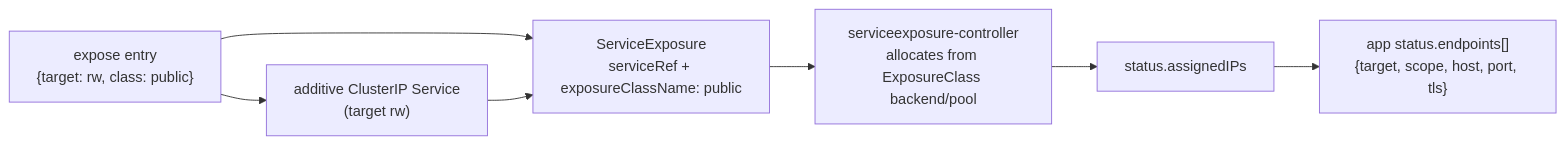
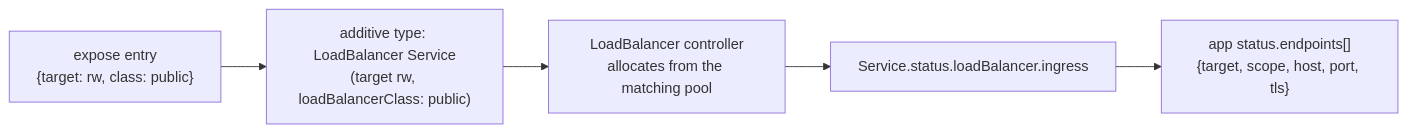
Before and after one commit to cozystack/community: the diagram in design-proposals/structured-external-exposure/README.md, drawn with Mermaid. The commit also changed other lines of this file, not shown here.

First line of the commit message:
design-proposal: use native loadBalancerClass instead of ExposureClass/ServiceExposure

````diff
--- a/design-proposals/structured-external-exposure/README.md
+++ b/design-proposals/structured-external-exposure/README.md
@@ -96,9 +93,7 @@
 ```mermaid
 flowchart LR
-    E["expose entry<br/>{target: rw, class: public}"] --> S["additive ClusterIP Service<br/>(target rw)"]
-    E --> SE["ServiceExposure<br/>serviceRef + exposureClassName: public"]
-    S --> SE
-    SE --> C["serviceexposure-controller<br/>allocates from ExposureClass backend/pool"]
-    C --> A["status.assignedIPs"]
+    E["expose entry<br/>{target: rw, class: public}"] --> S["additive type: LoadBalancer Service<br/>(target rw, loadBalancerClass: public)"]
+    S --> C["LoadBalancer controller<br/>allocates from the matching pool"]
+    C --> A["Service.status.loadBalancer.ingress"]
     A --> EP["app status.endpoints[]<br/>{target, scope, host, port, tls}"]
 ```
````
